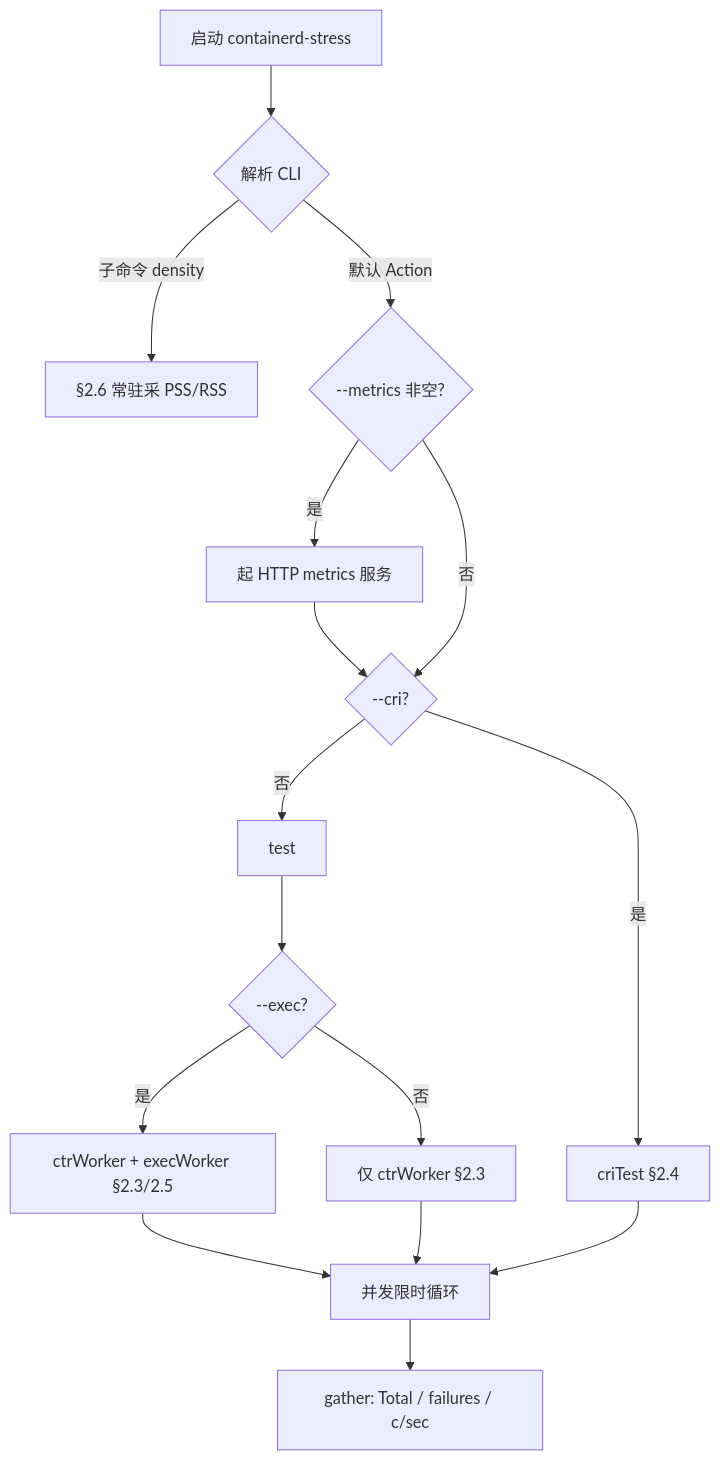
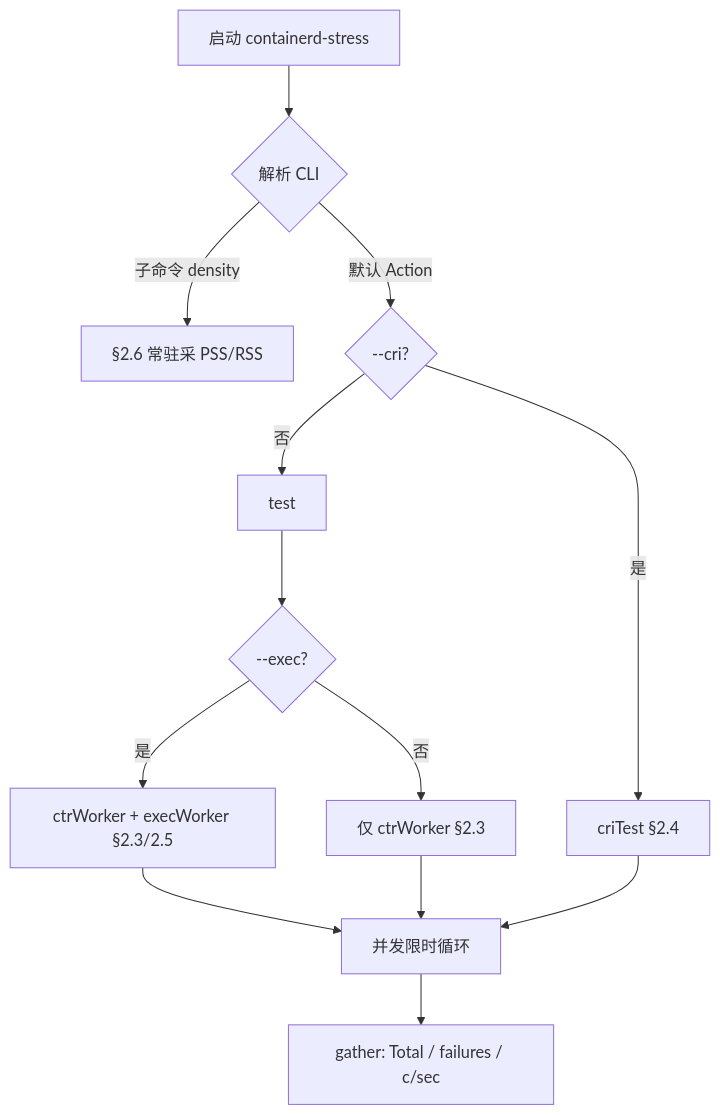
The first of 4 diagrams in doc/containerd-built-in-stress-tools.md (tremblingHands/test_sandbox), drawn with Mermaid before and after one commit. The commit also changed other lines of this file, not shown here.

````diff
--- a/doc/containerd-built-in-stress-tools.md
+++ b/doc/containerd-built-in-stress-tools.md
@@ -35,18 +35,15 @@
 ```mermaid
 flowchart TD
   Start[启动 containerd-stress] --> Parse{解析 CLI}
   Parse -->|子命令 density| Density[§2.6 常驻采 PSS/RSS]
-  Parse -->|默认 Action| MetricsQ{--metrics 非空?}
-  MetricsQ -->|是| Metrics[起 HTTP metrics 服务]
-  Metrics --> CriQ
-  MetricsQ -->|否| CriQ{--cri?}
+  Parse -->|默认 Action| CriQ{--cri?}
   CriQ -->|是| CriTest[criTest §2.4]
   CriQ -->|否| ClientTest[test]
   ClientTest --> ExecQ{--exec?}
   ExecQ -->|是| WithExec[ctrWorker + execWorker §2.3/2.5]
   ExecQ -->|否| OnlyCtr[仅 ctrWorker §2.3]
   WithExec --> Loop[并发限时循环]
   OnlyCtr --> Loop
   CriTest --> Loop
   Loop --> Summary[gather: Total / failures / c/sec]
 ```
````
